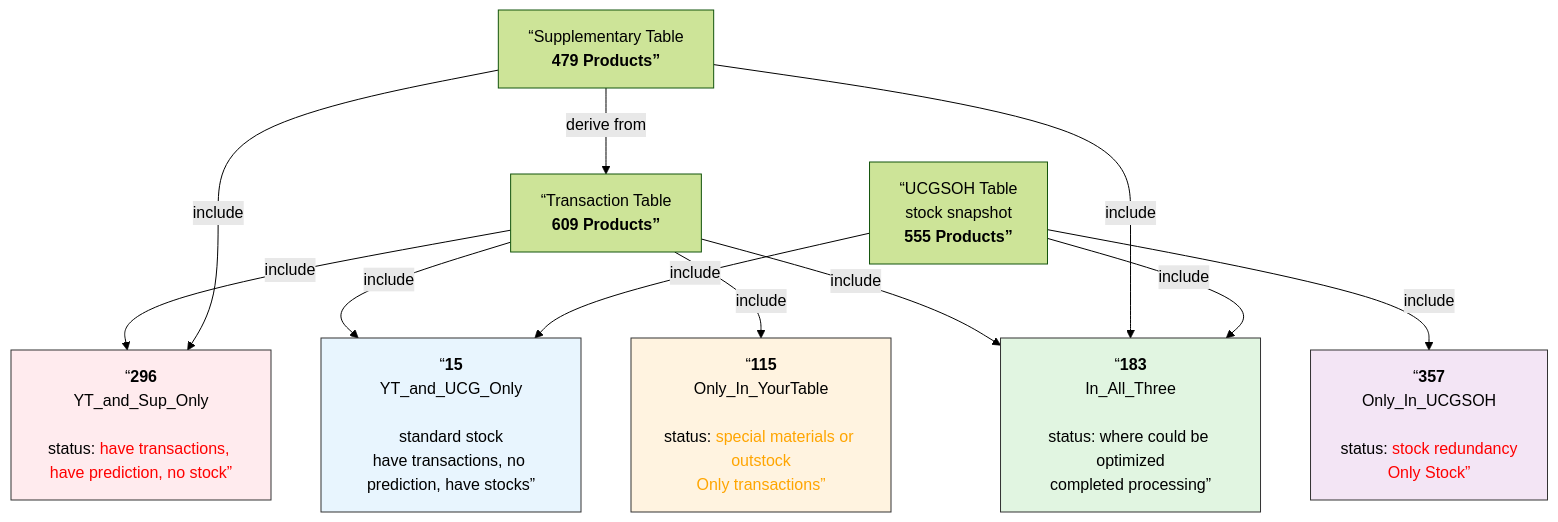
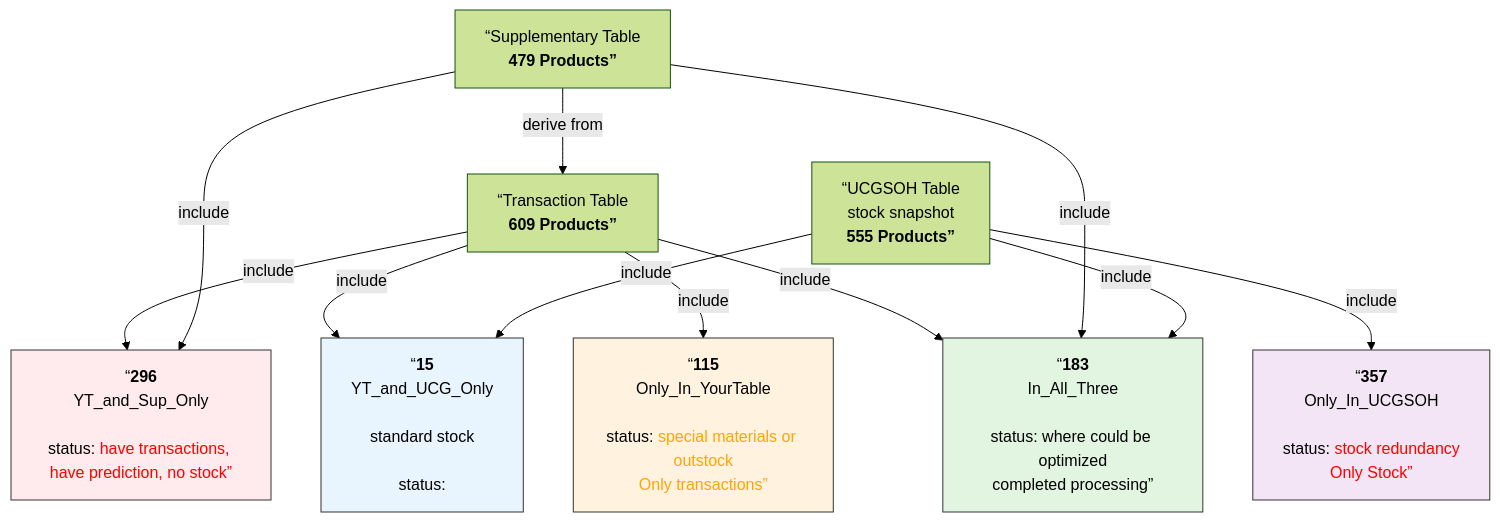
Before and after one commit to Inessa-YG/Marketing: the diagram in Telecommunication/Table relationships by productcode.md, drawn with Mermaid (forest theme).

Commit message:
Fix formatting in product code table description

````diff
--- a/Telecommunication/Table relationships by productcode.md
+++ b/Telecommunication/Table relationships by productcode.md
@@ -1,37 +1,37 @@
 ```mermaid
 flowchart TD
     A[“Transaction Table<br><b>609 Products”]
 
     B[“Supplementary Table<br><b>479 Products”]
 
     C[“UCGSOH Table<br>stock snapshot<br><b>555 Products”]
 
     AB[“<b>296</b><br>YT_and_Sup_Only<br><br>status: <font color=red>have transactions, have prediction, no stock”]
 
-    AC[“<b>15</b><br>YT_and_UCG_Only<br><br>standard stock<br>have transactions, no prediction, have stocks”]
+    AC[“<b>15</b><br>YT_and_UCG_Only<br><br>standard stock<br><br>status: <have transactions, no prediction, have stocks”]
 
     A_Only[“<b>115</b><br>Only_In_YourTable<br><br>status: <font color=orange>special materials or outstock<br>Only transactions”]
 
     C_Only[“<b>357</b><br>Only_In_UCGSOH<br><br>status: <font color=red>stock redundancy<br>Only Stock”]
 
     ABC[“<b>183</b><br>In_All_Three<br><br>status: where could be optimized<br>completed processing”]
 
     A -->|include| AB
     A -->|include| AC
     A -->|include| A_Only
     A -->|include| ABC
 
     B -->|derive from| A
     B -->|include| AB
     B -->|include| ABC
 
     C -->|include| AC
     C -->|include| C_Only
     C -->|include| ABC
 
     style ABC fill:#e1f5e1,stroke:#333
     style AB fill:#ffebee,stroke:#333
     style A_Only fill:#fff3e0,stroke:#333
     style C_Only fill:#f3e5f5,stroke:#333
     style AC fill:#e8f5fe,stroke:#333
 ```
````
